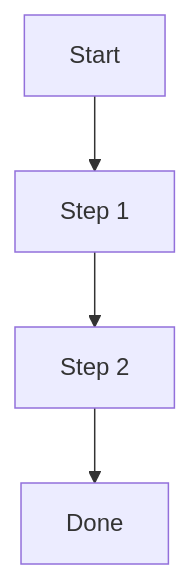
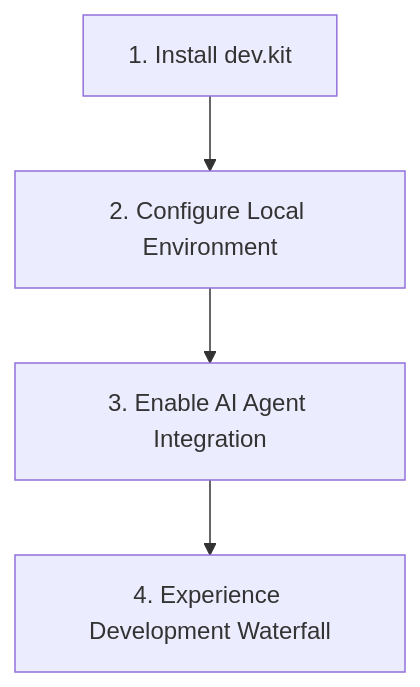
One commit to udx/dev.kit changed the diagram in src/ai/data/skill-packs/dev-kit-diagram-generator/assets/templates/default-flowchart.mmd. Above: the diagram before and after it, drawn with Mermaid. The commit also changed 12 other files, not shown here.

```diff
--- a/src/ai/data/skill-packs/dev-kit-diagram-generator/assets/templates/default-flowchart.mmd
+++ b/src/ai/data/skill-packs/dev-kit-diagram-generator/assets/templates/default-flowchart.mmd
@@ -1,4 +1,8 @@
+---
+config:
+  theme: mc
+---
 flowchart TD
-  A[Start] --> B[Step 1]
-  B --> C[Step 2]
-  C --> D[Done]
+    Install[1. Install dev.kit] --> Env[2. Configure Local Environment]
+    Env --> Agent[3. Enable AI Agent Integration]
+    Agent --> Waterfall[4. Experience Development Waterfall]    
```
